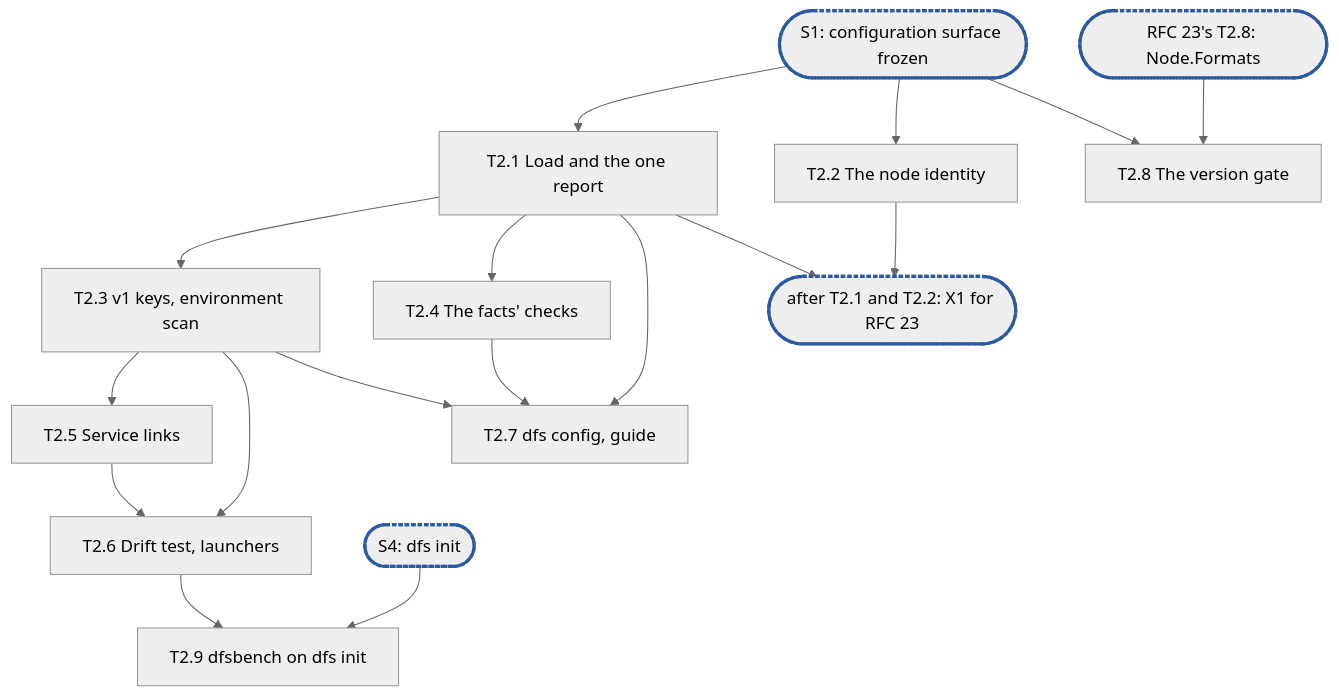
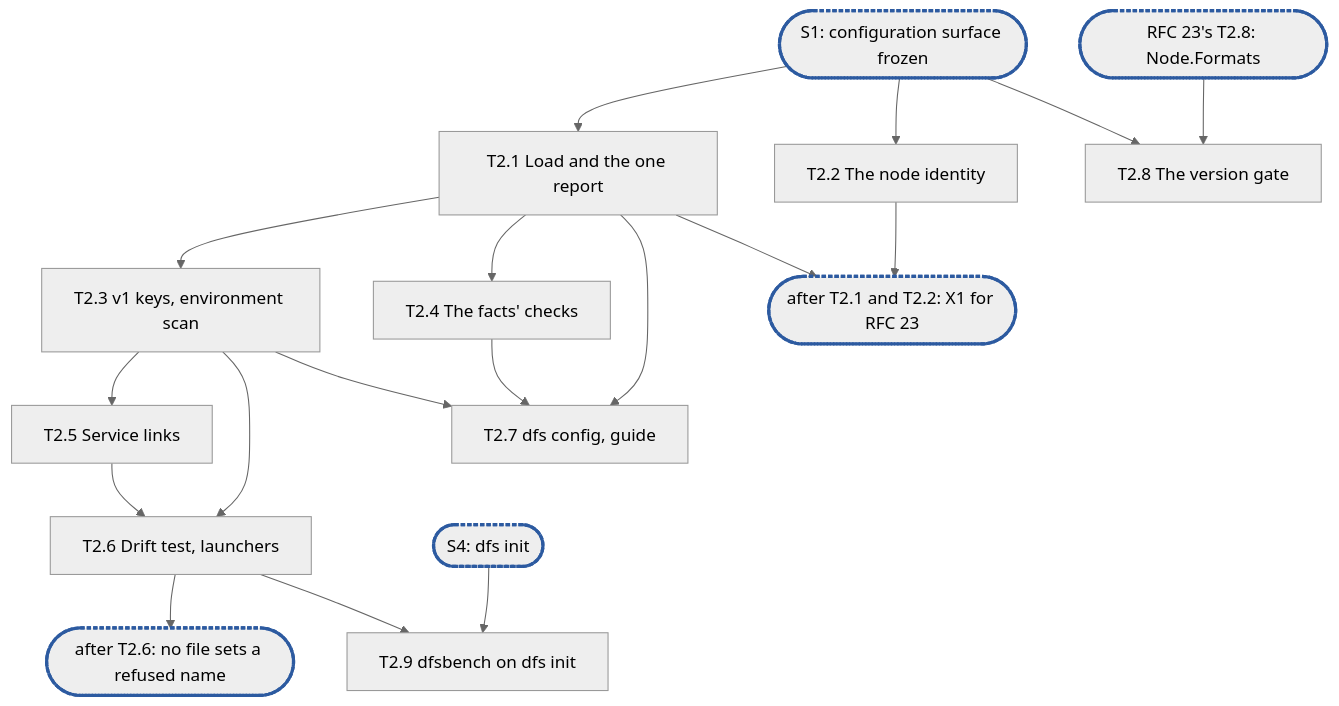
Before and after one commit to cubbit/dittofs: the diagram in docs/internals/planning/rfc-13-config-epic2.md, drawn with Mermaid (neutral theme). The commit also changed other lines of this file, not shown here.

First line of the commit message:
docs(planning): answer the review of rfc 13 epic 2

````diff
--- a/docs/internals/planning/rfc-13-config-epic2.md
+++ b/docs/internals/planning/rfc-13-config-epic2.md
@@ -376,16 +509,17 @@
 ```mermaid
 flowchart TD
   S1(["S1: configuration surface frozen"]):::sync --> T2_1["T2.1 Load and the one report"]
   S1 --> T2_2["T2.2 The node identity"]
   T2_1 --> T2_3["T2.3 v1 keys, environment scan"]
   T2_1 --> T2_4["T2.4 The facts' checks"]
   T2_3 --> T2_5["T2.5 Service links"]
   T2_3 & T2_5 --> T2_6["T2.6 Drift test, launchers"]
+  T2_6 --> C6(["after T2.6: no file sets a refused name"]):::sync
   T2_1 & T2_3 & T2_4 --> T2_7["T2.7 dfs config, guide"]
-  R28(["RFC 23's T2.8: Node.Formats"]):::sync --> T2_8["T2.8 The version gate"]
+  N23(["RFC 23's T2.8: Node.Formats"]):::sync --> T2_8["T2.8 The version gate"]
   S1 --> T2_8
   S4(["S4: dfs init"]):::sync --> T2_9["T2.9 dfsbench on dfs init"]
   T2_6 --> T2_9
   T2_1 & T2_2 --> X1(["after T2.1 and T2.2: X1 for RFC 23"]):::sync
   classDef sync stroke:#2c5aa0,stroke-width:3px,stroke-dasharray:4 2
 ```
````
